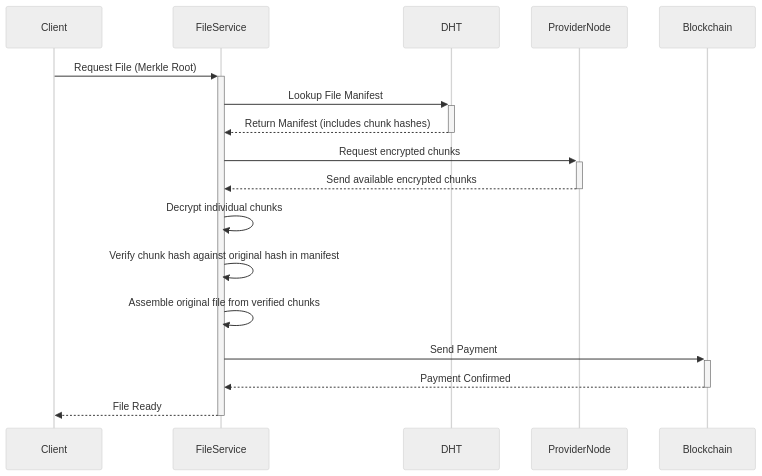
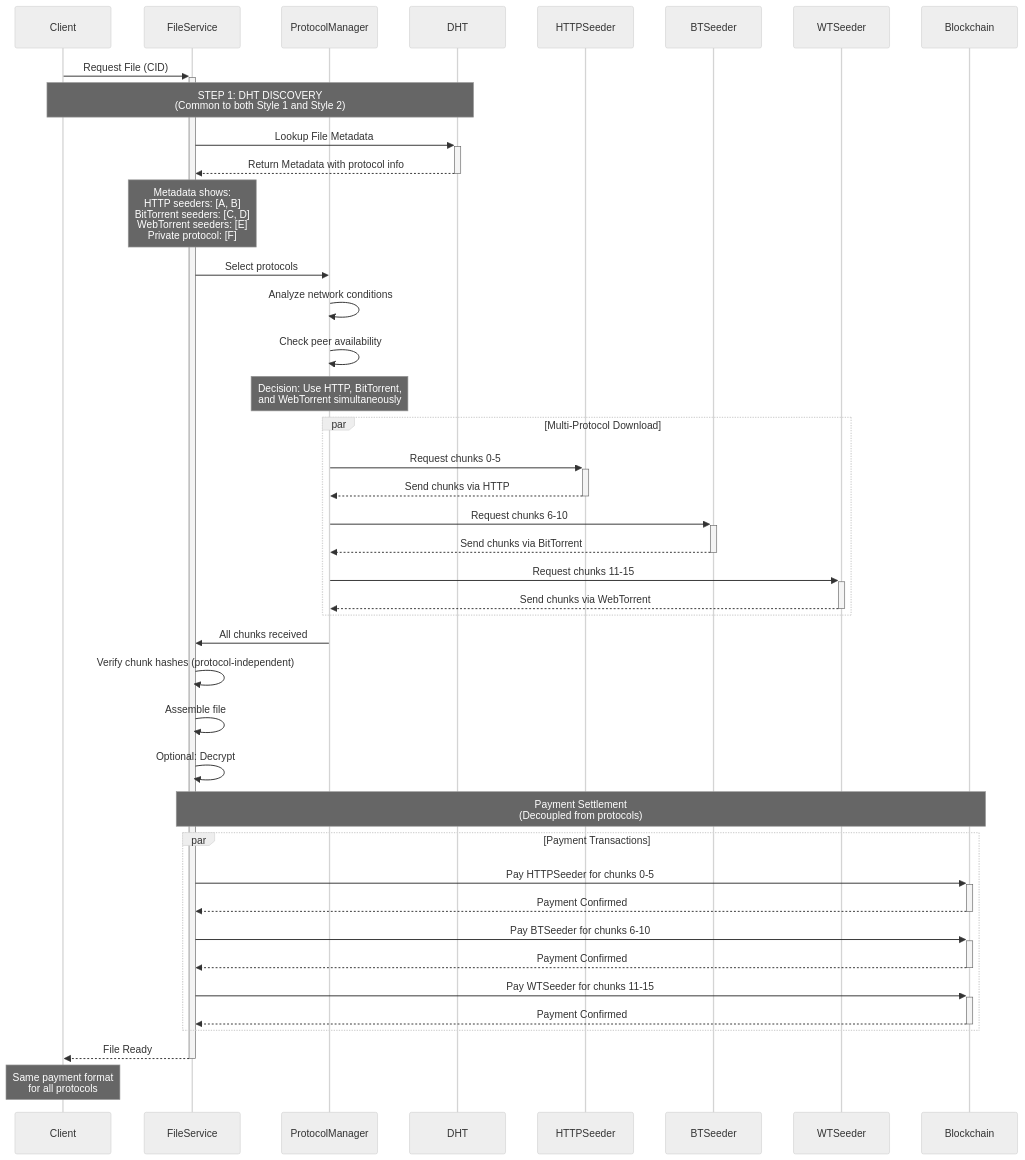
The second of 2 diagrams in docs/architecture.md (walrus-chanul-dandeniya/chiral-network), drawn with Mermaid (neutral theme) before and after one commit. The commit also changed other lines of this file, not shown here.

````diff
--- a/docs/architecture.md
+++ b/docs/architecture.md
@@ -303,20 +1122,55 @@
 ```mermaid
 sequenceDiagram
     participant Client
     participant FileService
+    participant ProtocolManager
     participant DHT
-    participant ProviderNode
+    participant HTTPSeeder
+    participant BTSeeder
+    participant WTSeeder
     participant Blockchain
 
-    Client->>+FileService: Request File (Merkle Root)
-    FileService->>+DHT: Lookup File Manifest
-    DHT-->>-FileService: Return Manifest (includes chunk hashes)
-    FileService->>+ProviderNode: Request encrypted chunks
-    ProviderNode-->>-FileService: Send available encrypted chunks
-    FileService->>FileService: Decrypt individual chunks
-    FileService->>FileService: Verify chunk hash against original hash in manifest
-    FileService->>FileService: Assemble original file from verified chunks
-    FileService->>+Blockchain: Send Payment
-    Blockchain-->>-FileService: Payment Confirmed
+    Client->>+FileService: Request File (CID)
+
+    Note over Client,DHT: STEP 1: DHT DISCOVERY<br/>(Common to both Style 1 and Style 2)
+    FileService->>+DHT: Lookup File Metadata
+    DHT-->>-FileService: Return Metadata with protocol info
+    Note over FileService: Metadata shows:<br/>HTTP seeders: [A, B]<br/>BitTorrent seeders: [C, D]<br/>WebTorrent seeders: [E]<br/>Private protocol: [F]
+
+    FileService->>ProtocolManager: Select protocols
+    ProtocolManager->>ProtocolManager: Analyze network conditions
+    ProtocolManager->>ProtocolManager: Check peer availability
+    Note over ProtocolManager: Decision: Use HTTP, BitTorrent,<br/>and WebTorrent simultaneously
+
+    par Multi-Protocol Download
+        ProtocolManager->>+HTTPSeeder: Request chunks 0-5
+        HTTPSeeder-->>-ProtocolManager: Send chunks via HTTP
+
+        ProtocolManager->>+BTSeeder: Request chunks 6-10
+        BTSeeder-->>-ProtocolManager: Send chunks via BitTorrent
+
+        ProtocolManager->>+WTSeeder: Request chunks 11-15
+        WTSeeder-->>-ProtocolManager: Send chunks via WebTorrent
+    end
+
+    ProtocolManager->>FileService: All chunks received
+    FileService->>FileService: Verify chunk hashes (protocol-independent)
+    FileService->>FileService: Assemble file
+    FileService->>FileService: Optional: Decrypt
+
+    Note over FileService,Blockchain: Payment Settlement<br/>(Decoupled from protocols)
+
+    par Payment Transactions
+        FileService->>+Blockchain: Pay HTTPSeeder for chunks 0-5
+        Blockchain-->>-FileService: Payment Confirmed
+
+        FileService->>+Blockchain: Pay BTSeeder for chunks 6-10
+        Blockchain-->>-FileService: Payment Confirmed
+
+        FileService->>+Blockchain: Pay WTSeeder for chunks 11-15
+        Blockchain-->>-FileService: Payment Confirmed
+    end
+
     FileService-->>-Client: File Ready
+    Note over Client: Same payment format<br/>for all protocols
 ```
````
